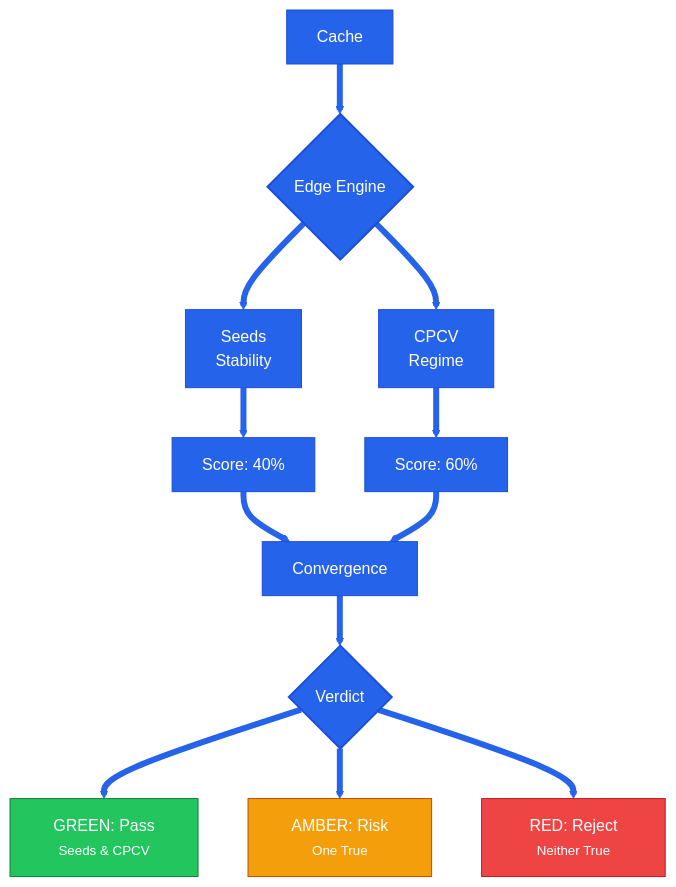
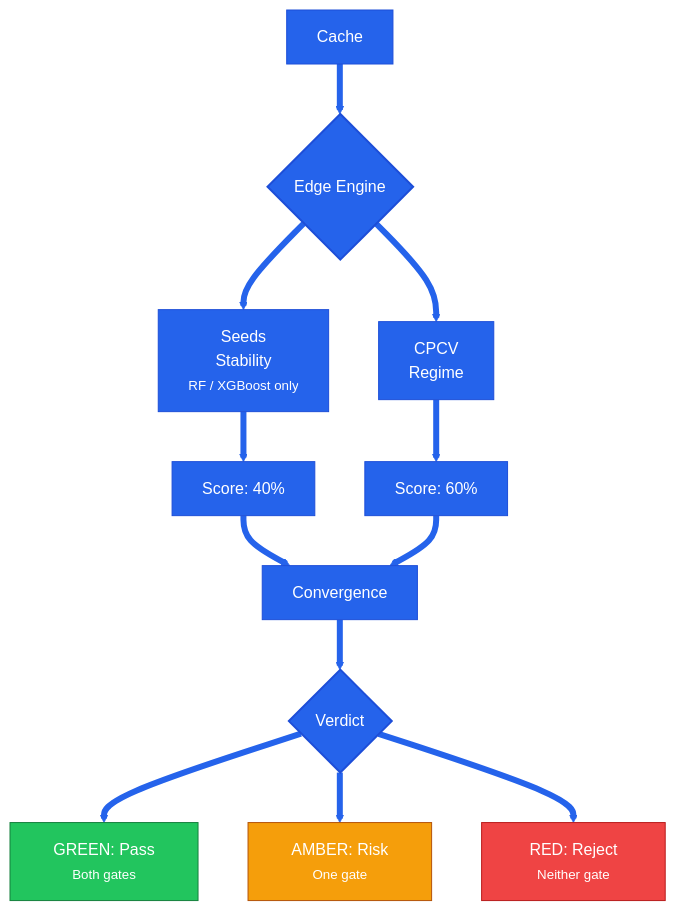
Before and after one commit to Pablo-Molla-Charlez/SecondaryModel: the fourth of 4 diagrams in README.md, drawn with Mermaid. The commit also changed other lines of this file and 5 other files, not shown here.

````diff
--- a/README.md
+++ b/README.md
@@ -310,23 +316,23 @@
 ```mermaid
 %%{init: {'theme': 'base', 'themeVariables': { 'primaryColor': '#2563eb', 'primaryBorderColor': '#1d4ed8', 'primaryTextColor': '#ffffff', 'secondaryColor': '#f59e0b', 'tertiaryColor': '#dcfce7', 'lineColor': '#0f172a', 'background': '#ffffff'}}}%%
 flowchart TD
     A[Cache] --> B{Edge Engine}
-    B --> C[Seeds<br/>Stability]
+    B --> C["Seeds<br/>Stability<br/><small>RF / XGBoost only</small>"]
     B --> D[CPCV<br/>Regime]
     C --> E[Score: 40%]
     D --> F[Score: 60%]
     E & F --> G[Convergence]
     G --> H{Verdict}
-    H --> I["&nbsp;&nbsp;&nbsp;GREEN: Pass&nbsp;&nbsp;&nbsp;<br/><small>Seeds & CPCV</small>"]
-    H --> J["&nbsp;&nbsp;&nbsp;AMBER: Risk&nbsp;&nbsp;&nbsp;<br/><small>One True</small>"]
-    H --> K["&nbsp;&nbsp;&nbsp;&nbsp;RED: Reject&nbsp;&nbsp;&nbsp;&nbsp;<br/><small>Neither True</small>"]
+    H --> I["&nbsp;&nbsp;&nbsp;GREEN: Pass&nbsp;&nbsp;&nbsp;<br/><small>Both gates</small>"]
+    H --> J["&nbsp;&nbsp;&nbsp;AMBER: Risk&nbsp;&nbsp;&nbsp;<br/><small>One gate</small>"]
+    H --> K["&nbsp;&nbsp;&nbsp;&nbsp;RED: Reject&nbsp;&nbsp;&nbsp;&nbsp;<br/><small>Neither gate</small>"]
     classDef green fill:#22c55e,stroke:#15803d,color:#ffffff;
     classDef amber fill:#f59e0b,stroke:#b45309,color:#ffffff;
     classDef red fill:#ef4444,stroke:#b91c1c,color:#ffffff;
     classDef gate fill:#2563eb,stroke:#1d4ed8,color:#ffffff,stroke-width:2px;
     class B,H gate;
     class I green;
     class J amber;
     class K red;
     linkStyle default stroke:#2563eb,stroke-width:6px;
 ```
````
